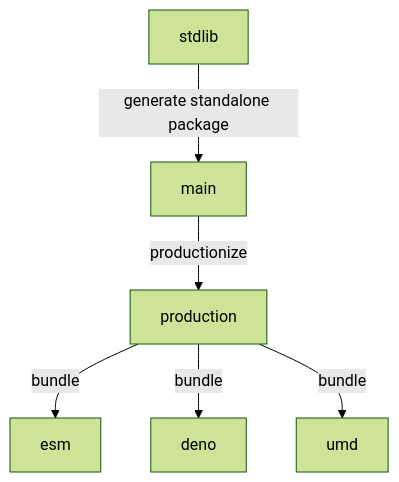
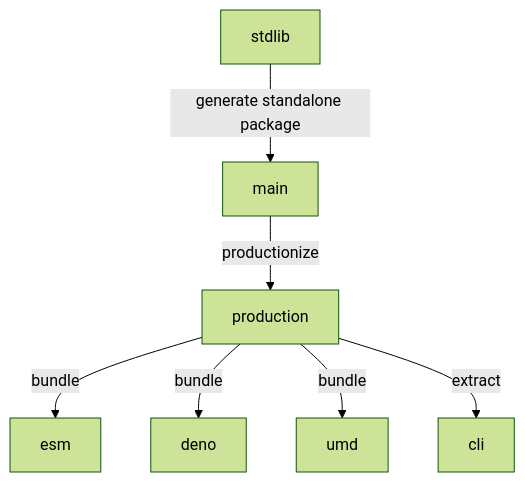
Before and after one commit to stdlib-js/datasets-img-acanthus-mollis: the diagram in branches.md, drawn with Mermaid (forest theme). The commit also changed other lines of this file and 8 other files, not shown here.

````diff
--- a/branches.md
+++ b/branches.md
@@ -33,15 +34,17 @@
 ```mermaid
 graph TD;
 A[stdlib]-->|generate standalone package|B;
 B[main] -->|productionize| C[production];
 C -->|bundle| D[esm];
 C -->|bundle| E[deno];
 C -->|bundle| F[umd];
+C -->|extract| G[cli];
 
-click A href "https://github.com/stdlib-js/stdlib/tree/develop/lib/node_modules/%40stdlib/datasets/img-acanthus-mollis"
-click B href "https://github.com/stdlib-js/datasets-img-acanthus-mollis/tree/main"
-click C href "https://github.com/stdlib-js/datasets-img-acanthus-mollis/tree/production"
-click D href "https://github.com/stdlib-js/datasets-img-acanthus-mollis/tree/esm"
-click E href "https://github.com/stdlib-js/datasets-img-acanthus-mollis/tree/deno"
-click F href "https://github.com/stdlib-js/datasets-img-acanthus-mollis/tree/umd"
+%% click A href "https://github.com/stdlib-js/stdlib/tree/develop/lib/node_modules/%40stdlib/datasets/img-acanthus-mollis"
+%% click B href "https://github.com/stdlib-js/datasets-img-acanthus-mollis/tree/main"
+%% click C href "https://github.com/stdlib-js/datasets-img-acanthus-mollis/tree/production"
+%% click D href "https://github.com/stdlib-js/datasets-img-acanthus-mollis/tree/esm"
+%% click E href "https://github.com/stdlib-js/datasets-img-acanthus-mollis/tree/deno"
+%% click F href "https://github.com/stdlib-js/datasets-img-acanthus-mollis/tree/umd"
+%% click G href "https://github.com/stdlib-js/datasets-img-acanthus-mollis/tree/cli"
 ```
````
